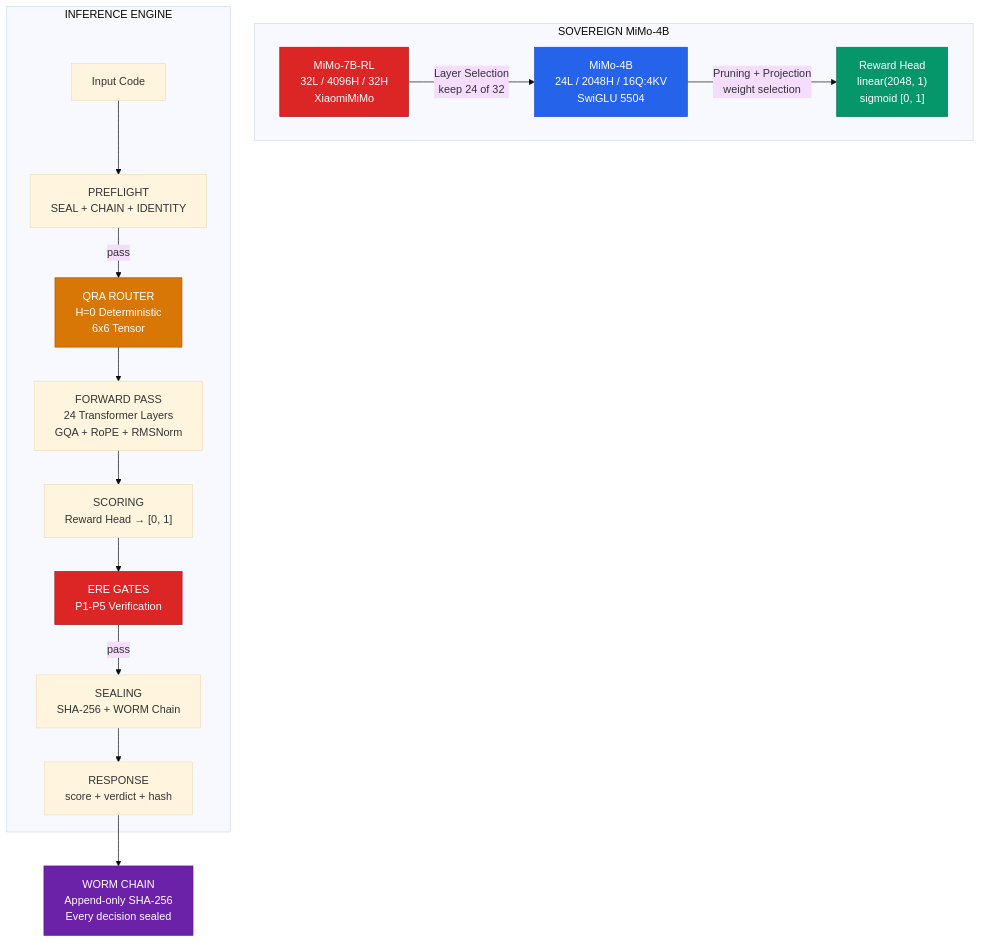
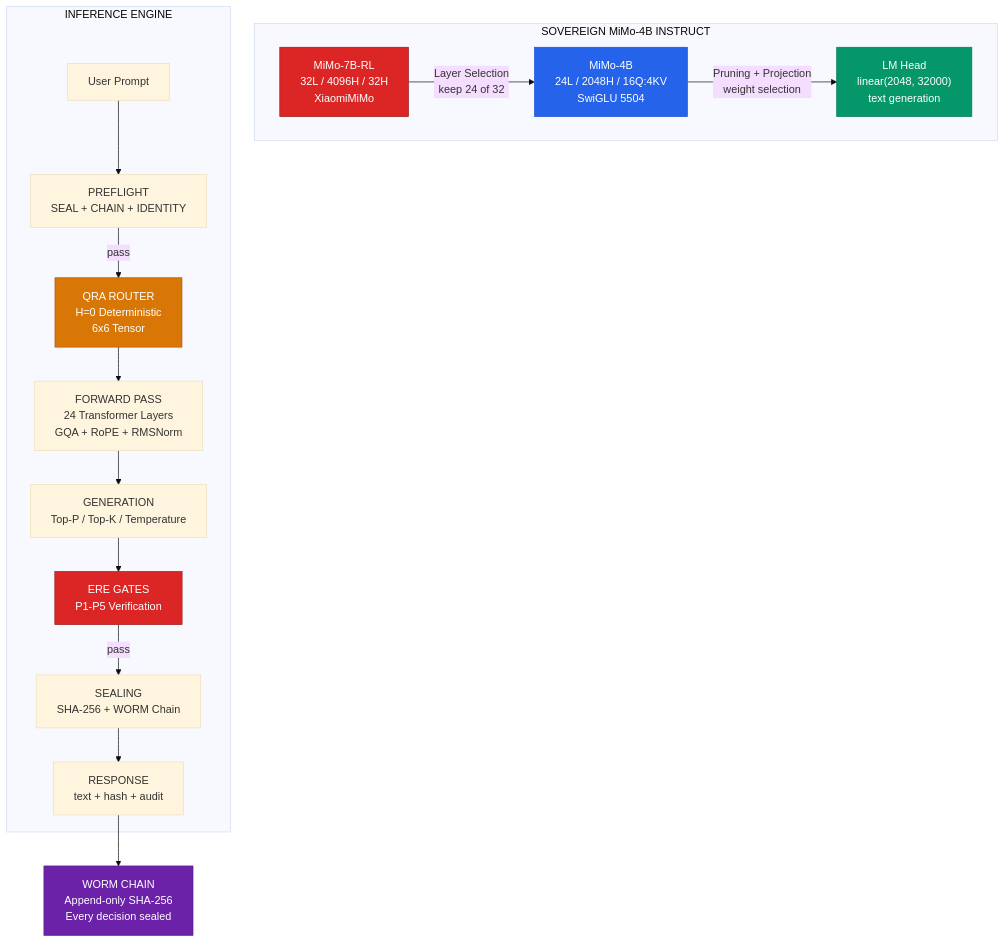
The first of 3 diagrams in README.md (SNAPKITTYWEST/sovereign-mimo-4b), drawn with Mermaid (base theme) before and after one commit. The commit also changed other lines of this file and 4 other files, not shown here.

First line of the commit message:
feat: convert sovereign-mimo-4b from reward model to instruct model

````diff
--- a/README.md
+++ b/README.md
@@ -18,26 +18,26 @@
 ```mermaid
 flowchart TD
-    subgraph SOVEREIGN["SOVEREIGN MiMo-4B"]
+    subgraph SOVEREIGN["SOVEREIGN MiMo-4B INSTRUCT"]
         A["MiMo-7B-RL<br/>32L / 4096H / 32H<br/>XiaomiMiMo"] -->|"Layer Selection<br/>keep 24 of 32"| B["MiMo-4B<br/>24L / 2048H / 16Q:4KV<br/>SwiGLU 5504"]
-        B -->|"Pruning + Projection<br/>weight selection"| C["Reward Head<br/>linear(2048, 1)<br/>sigmoid [0, 1]"]
+        B -->|"Pruning + Projection<br/>weight selection"| C["LM Head<br/>linear(2048, 32000)<br/>text generation"]
     end
 
     subgraph INFERENCE["INFERENCE ENGINE"]
-        D["Input Code"] --> E["PREFLIGHT<br/>SEAL + CHAIN + IDENTITY"]
+        D["User Prompt"] --> E["PREFLIGHT<br/>SEAL + CHAIN + IDENTITY"]
         E -->|pass| F["QRA ROUTER<br/>H=0 Deterministic<br/>6x6 Tensor"]
         F --> G["FORWARD PASS<br/>24 Transformer Layers<br/>GQA + RoPE + RMSNorm"]
-        G --> H["SCORING<br/>Reward Head → [0, 1]"]
+        G --> H["GENERATION<br/>Top-P / Top-K / Temperature"]
         H --> I["ERE GATES<br/>P1-P5 Verification"]
         I -->|pass| J["SEALING<br/>SHA-256 + WORM Chain"]
-        J --> K["RESPONSE<br/>score + verdict + hash"]
+        J --> K["RESPONSE<br/>text + hash + audit"]
     end
 
     K --> L["WORM CHAIN<br/>Append-only SHA-256<br/>Every decision sealed"]
 
     style A fill:#dc2626,stroke:#991b1b,color:#fff
     style B fill:#2563eb,stroke:#1d4ed8,color:#fff
     style C fill:#059669,stroke:#047857,color:#fff
     style F fill:#d97706,stroke:#b45309,color:#fff
     style I fill:#dc2626,stroke:#991b1b,color:#fff
     style L fill:#6b21a8,stroke:#581c87,color:#fff
 ```
````
